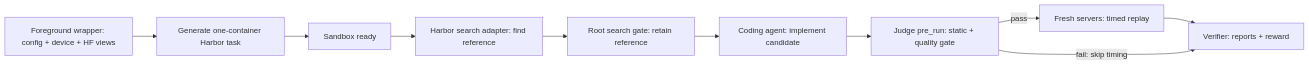
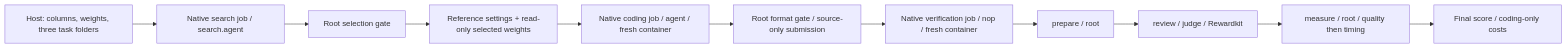
Before and after one commit to fengql123/local_eval: the diagram in docs/benchmark.md, drawn with Mermaid. The commit also changed other lines of this file and 64 other files, not shown here.

Commit message:
feat: verify submissions with native Harbor jobs

````diff
--- a/docs/benchmark.md
+++ b/docs/benchmark.md
@@ -42,15 +44,13 @@
 ```mermaid
 flowchart LR
-    host[Foreground wrapper: config + device + HF views]
-    task[Generate one-container Harbor task]
-    ready[Sandbox ready]
-    search[Harbor search adapter: find reference]
-    handoff[Root search gate: retain reference]
-    agent[Coding agent: implement candidate]
-    gate[Judge pre_run: static + quality gate]
-    bench[Fresh servers: timed replay]
-    result[Verifier: reports + reward]
-    host --> task --> ready --> search --> handoff --> agent --> gate
-    gate -->|pass| bench --> result
-    gate -->|fail: skip timing| result
+    setup[Host: columns, weights, three task folders] --> search[Native search job / search.agent]
+    search --> select[Root selection gate]
+    select --> handoff[Reference settings + read-only selected weights]
+    handoff --> coding[Native coding job / agent / fresh container]
+    coding --> source[Root format gate / source-only submission]
+    source --> verify[Native verification job / nop / fresh container]
+    verify --> prepare[prepare / root]
+    prepare --> review[review / judge / Rewardkit]
+    review --> measure[measure / root / quality then timing]
+    measure --> result[Final score / coding-only costs]
 ```
````
